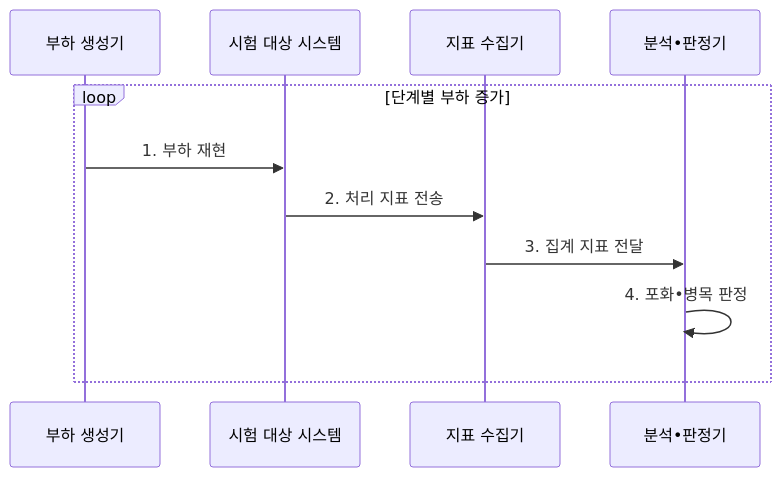
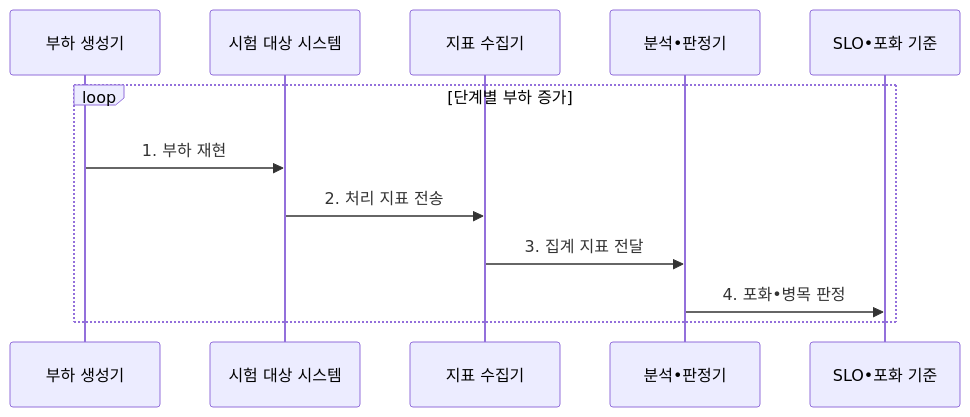
The second of 2 diagrams in src/content/docs/notes/03-software/222_performance_test_metrics.md (agnusdei1207/knowledge-base), drawn with Mermaid before and after one commit. The commit also changed other lines of this file and 6 other files, not shown here.

````diff
--- a/src/content/docs/notes/03-software/222_performance_test_metrics.md
+++ b/src/content/docs/notes/03-software/222_performance_test_metrics.md
@@ -108,14 +108,15 @@
 ```mermaid
 sequenceDiagram
     participant G as 부하 생성기
     participant S as 시험 대상 시스템
     participant M as 지표 수집기
     participant A as 분석•판정기
+    participant T as SLO•포화 기준
     loop 단계별 부하 증가
         G->>S: 1. 부하 재현
         S->>M: 2. 처리 지표 전송
         M->>A: 3. 집계 지표 전달
-        A->>A: 4. 포화•병목 판정
+        A->>T: 4. 포화•병목 판정
     end
 
 ```
````
